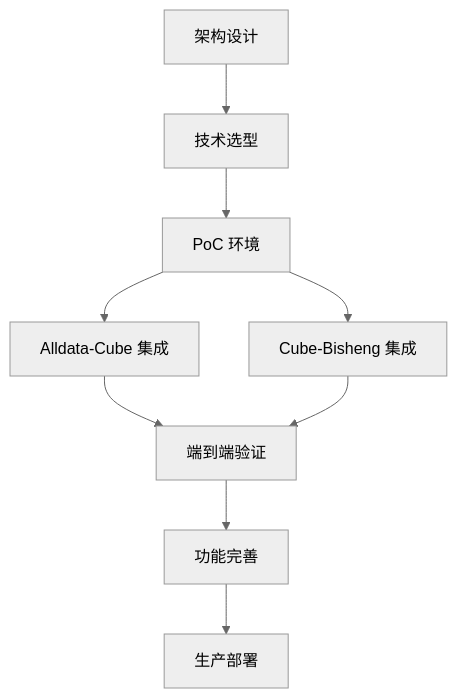
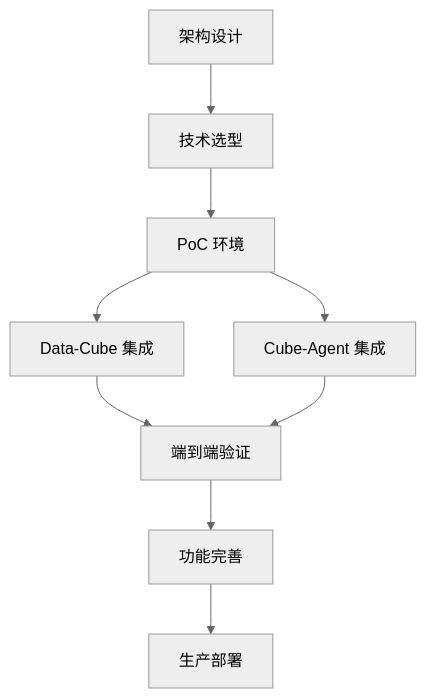
The diagram in docs/05-planning/roadmap.md (iannil/one-data-studio), drawn with Mermaid (neutral theme) before and after one commit. The commit also changed other lines of this file and 228 other files, not shown here.

````diff
--- a/docs/05-planning/roadmap.md
+++ b/docs/05-planning/roadmap.md
@@ -123,11 +123,11 @@
 ```mermaid
 graph TD
     A[架构设计] --> B[技术选型]
     B --> C[PoC 环境]
-    C --> D[Alldata-Cube 集成]
-    C --> E[Cube-Bisheng 集成]
+    C --> D[Data-Cube 集成]
+    C --> E[Cube-Agent 集成]
     D --> F[端到端验证]
     E --> F
     F --> G[功能完善]
     G --> H[生产部署]
 ```
````
